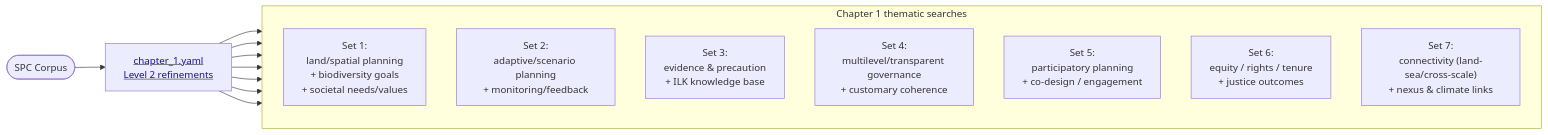
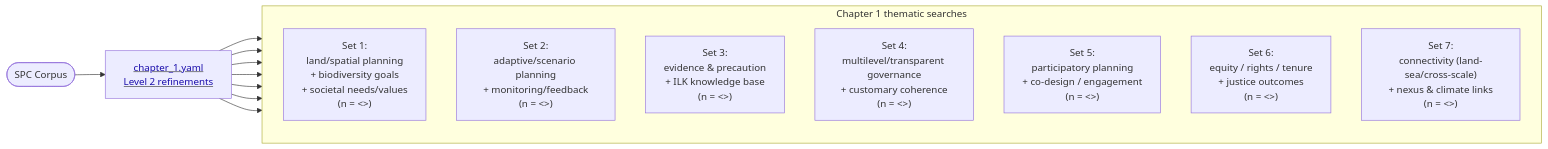
The diagram in figures/chapter1.mmd (gabriellabishop/IPBES_SPC_Corpus), drawn with Mermaid before and after one commit. The commit also changed 14 other files, not shown here.

Commit message:
Refinement charts and LLM Disclosure added

```diff
--- a/figures/chapter1.mmd
+++ b/figures/chapter1.mmd
@@ -1,23 +1,23 @@
 %%{init: {'flowchart': {'htmlLabels': true}}}%%
 flowchart LR
     Start([SPC Corpus]) --> Ch1["<u><span style='color:#1a0dab;'>chapter_1.yaml<br/>Level 2 refinements</span></u>"]
     click Ch1 "./input/search_terms/chapter_1.yaml" "Open chapter_1.yaml"
 
     subgraph Chapter1Sets["Chapter 1 thematic searches"]
         direction TB
-        C1_1["Set 1:<br/>land/spatial planning<br/>+ biodiversity goals<br/>+ societal needs/values"]
-        C1_2["Set 2:<br/>adaptive/scenario planning<br/>+ monitoring/feedback"]
-        C1_3["Set 3:<br/>evidence & precaution<br/>+ ILK knowledge base"]
-        C1_4["Set 4:<br/>multilevel/transparent governance<br/>+ customary coherence"]
-        C1_5["Set 5:<br/>participatory planning<br/>+ co-design / engagement"]
-        C1_6["Set 6:<br/>equity / rights / tenure<br/>+ justice outcomes"]
-        C1_7["Set 7:<br/>connectivity (land-sea/cross-scale)<br/>+ nexus & climate links"]
+        C1_1["Set 1:<br/>land/spatial planning<br/>+ biodiversity goals<br/>+ societal needs/values<br/>(n = <<C1_1>>)"]
+        C1_2["Set 2:<br/>adaptive/scenario planning<br/>+ monitoring/feedback<br/>(n = <<C1_2>>)"]
+        C1_3["Set 3:<br/>evidence & precaution<br/>+ ILK knowledge base<br/>(n = <<C1_3>>)"]
+        C1_4["Set 4:<br/>multilevel/transparent governance<br/>+ customary coherence<br/>(n = <<C1_4>>)"]
+        C1_5["Set 5:<br/>participatory planning<br/>+ co-design / engagement<br/>(n = <<C1_5>>)"]
+        C1_6["Set 6:<br/>equity / rights / tenure<br/>+ justice outcomes<br/>(n = <<C1_6>>)"]
+        C1_7["Set 7:<br/>connectivity (land-sea/cross-scale)<br/>+ nexus & climate links<br/>(n = <<C1_7>>)"]
     end
 
     Ch1 --> C1_1
     Ch1 --> C1_2
     Ch1 --> C1_3
     Ch1 --> C1_4
     Ch1 --> C1_5
     Ch1 --> C1_6
     Ch1 --> C1_7
```
